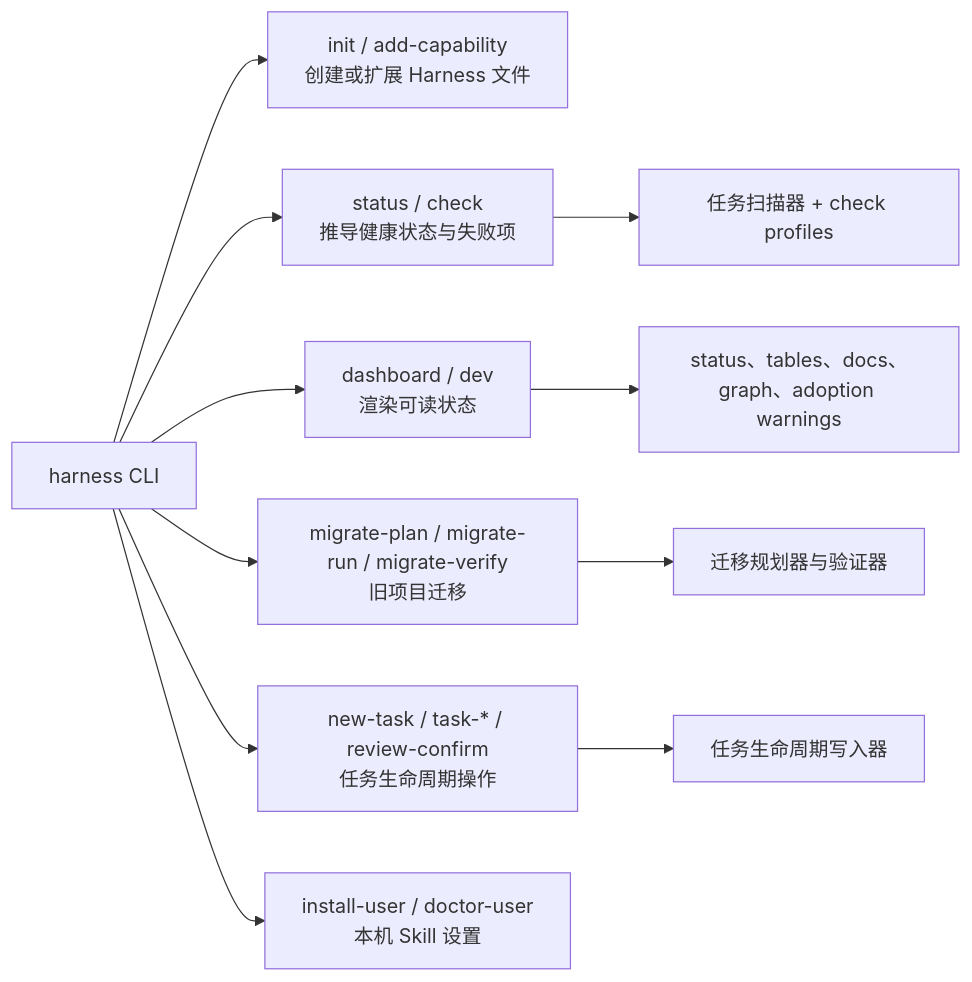
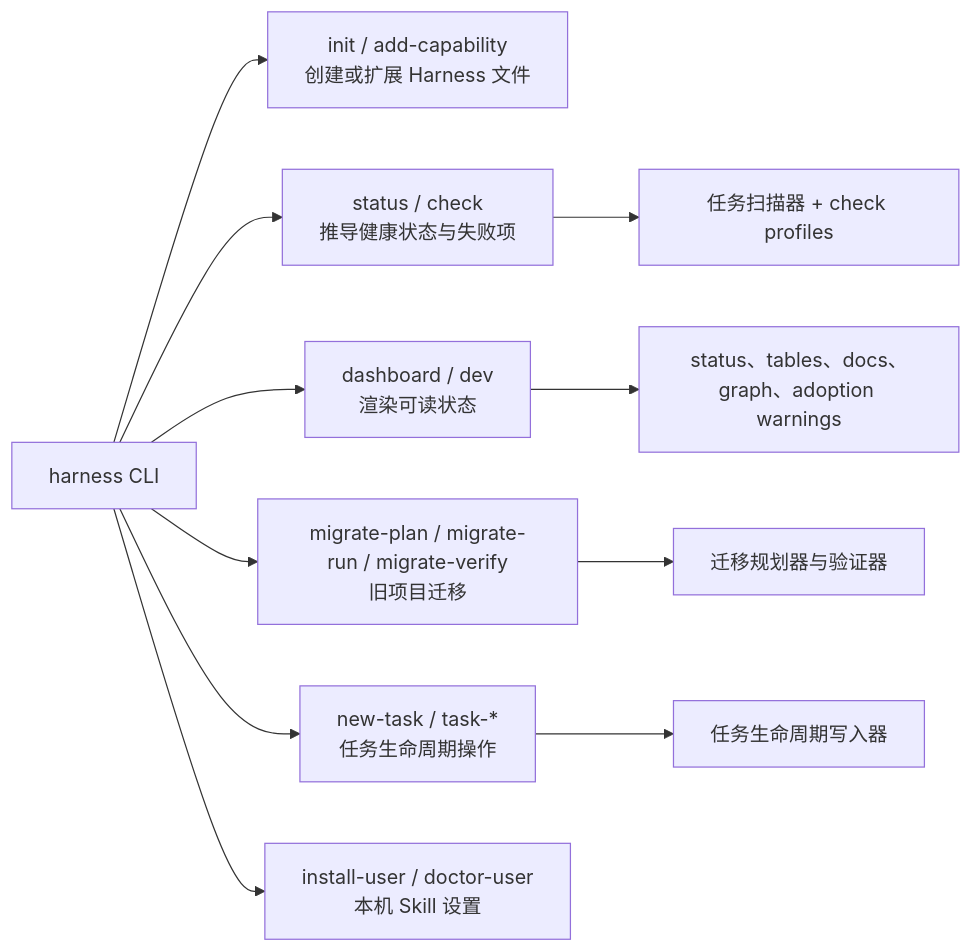
One commit to FairladyZ625/coding-agent-harness changed the fourth of 11 diagrams in docs-release/architecture/overview.zh-CN.md. Above: the diagram before and after it, drawn with Mermaid. The commit also changed other lines of this file and 33 other files, not shown here.

````diff
--- a/docs-release/architecture/overview.zh-CN.md
+++ b/docs-release/architecture/overview.zh-CN.md
@@ -100,16 +100,16 @@
 ```mermaid
 flowchart LR
   CLI["harness CLI"]
 
   CLI --> Init["init / add-capability<br/>创建或扩展 Harness 文件"]
   CLI --> Status["status / check<br/>推导健康状态与失败项"]
   CLI --> Dashboard["dashboard / dev<br/>渲染可读状态"]
   CLI --> Migration["migrate-plan / migrate-run / migrate-verify<br/>旧项目迁移"]
-  CLI --> Task["new-task / task-* / review-confirm<br/>任务生命周期操作"]
+  CLI --> Task["new-task / task-*<br/>任务生命周期操作"]
   CLI --> UserSkill["install-user / doctor-user<br/>本机 Skill 设置"]
 
   Status --> Scanner["任务扫描器 + check profiles"]
   Dashboard --> Bundle["status、tables、docs、graph、adoption warnings"]
   Task --> Lifecycle["任务生命周期写入器"]
   Migration --> Planner["迁移规划器与验证器"]
 ```
````
